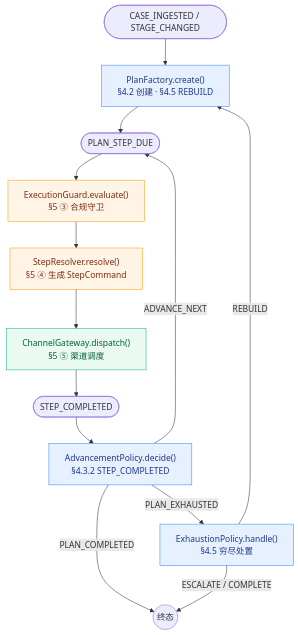
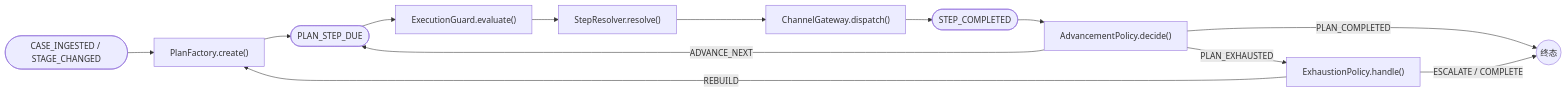
One commit to katherineliu2102/Intelligent-Collection-V1 changed the sixth of 6 diagrams in docs/MOCASA催收系统升级_Phase1_核心引擎规格.md. Above: the diagram before and after it, drawn with Mermaid. The commit also changed other lines of this file and 222 other files, not shown here.

````diff
--- a/docs/MOCASA催收系统升级_Phase1_核心引擎规格.md
+++ b/docs/MOCASA催收系统升级_Phase1_核心引擎规格.md
@@ -663,22 +833,15 @@
 ```mermaid
-flowchart TB
-    A(["CASE_INGESTED / STAGE_CHANGED"]) --> PF["PlanFactory.create()<br/>§4.2 创建 · §4.5 REBUILD"]
+flowchart LR
+    A(["CASE_INGESTED / STAGE_CHANGED"]) --> PF["PlanFactory.create()"]
     PF --> DUE(["PLAN_STEP_DUE"])
-    DUE --> EG["ExecutionGuard.evaluate()<br/>§5 ③ 合规守卫"]
-    EG --> SR["StepResolver.resolve()<br/>§5 ④ 生成 StepCommand"]
-    SR --> CG["ChannelGateway.dispatch()<br/>§5 ⑤ 渠道调度"]
+    DUE --> EG["ExecutionGuard.evaluate()"]
+    EG --> SR["StepResolver.resolve()"]
+    SR --> CG["ChannelGateway.dispatch()"]
     CG --> DONE(["STEP_COMPLETED"])
-    DONE --> AP["AdvancementPolicy.decide()<br/>§4.3.2 STEP_COMPLETED"]
+    DONE --> AP["AdvancementPolicy.decide()"]
     AP -->|ADVANCE_NEXT| DUE
-    AP -->|PLAN_EXHAUSTED| EP["ExhaustionPolicy.handle()<br/>§4.5 穷尽处置"]
+    AP -->|PLAN_EXHAUSTED| EP["ExhaustionPolicy.handle()"]
     EP -->|REBUILD| PF
     AP -->|PLAN_COMPLETED| END((终态))
     EP -->|ESCALATE / COMPLETE| END
-
-    classDef plan fill:#e6f0ff,stroke:#3b82f6,color:#1e3a8a;
-    classDef step fill:#fff4e6,stroke:#f59e0b,color:#7c2d12;
-    classDef pipe fill:#eafaf1,stroke:#10b981,color:#065f46;
-    class PF,AP,EP plan;
-    class EG,SR step;
-    class CG pipe;
 ```
````
